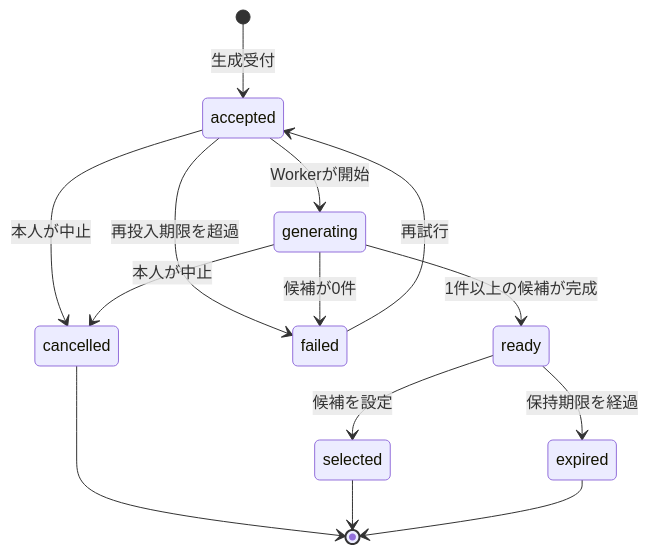
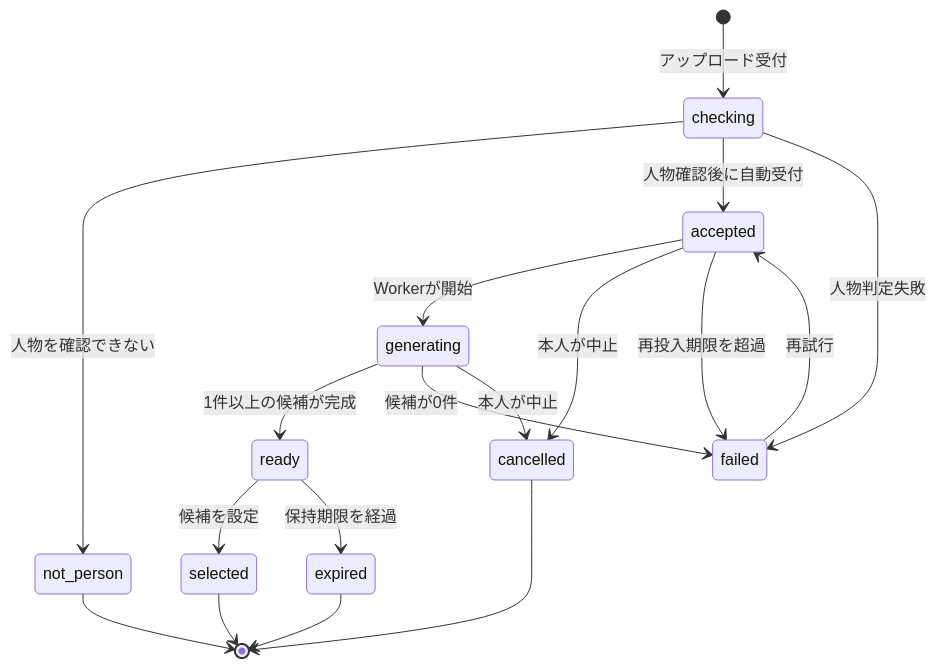
One commit to kkyosuke/me-builder changed the third of 4 diagrams in docs/product/avatar-experience.md. Above: the diagram before and after it, drawn with Mermaid. The commit also changed other lines of this file and 15 other files, not shown here.

````diff
--- a/docs/product/avatar-experience.md
+++ b/docs/product/avatar-experience.md
@@ -207,16 +212,20 @@
 ```mermaid
 stateDiagram-v2
-    [*] --> accepted: 生成受付
+    [*] --> checking: アップロード受付
+    checking --> not_person: 人物を確認できない
+    checking --> accepted: 人物確認後に自動受付
+    checking --> failed: 人物判定失敗
     accepted --> generating: Workerが開始
     accepted --> cancelled: 本人が中止
     accepted --> failed: 再投入期限を超過
     generating --> ready: 1件以上の候補が完成
     generating --> failed: 候補が0件
     generating --> cancelled: 本人が中止
     failed --> accepted: 再試行
     ready --> selected: 候補を設定
     ready --> expired: 保持期限を経過
+    not_person --> [*]
     cancelled --> [*]
     selected --> [*]
     expired --> [*]
 ```
````
